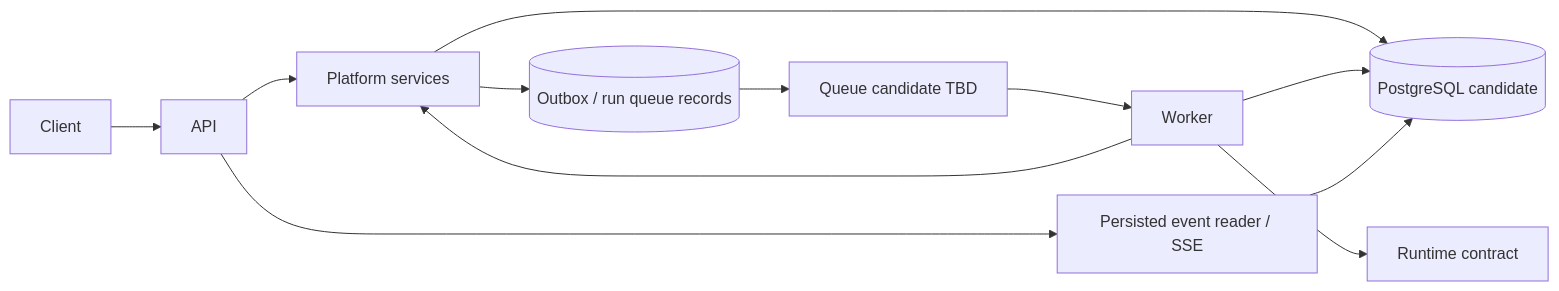
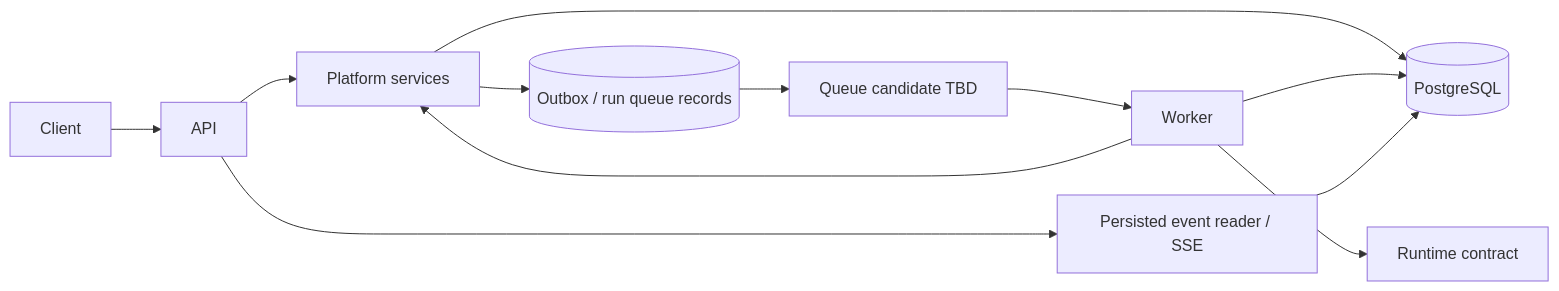
One commit to chenkuangfeng/hyoga-nexus changed the diagram in openspec/changes/p1-platform-foundation/design.md. Above: the diagram before and after it, drawn with Mermaid. The commit also changed other lines of this file and 2 other files, not shown here.

Commit message:
docs: prepare P1 platform implementation proposal

````diff
--- a/openspec/changes/p1-platform-foundation/design.md
+++ b/openspec/changes/p1-platform-foundation/design.md
@@ -7,14 +7,14 @@
 ```mermaid
 flowchart LR
   Client --> API
   API --> Platform[Platform services]
-  Platform --> DB[(PostgreSQL candidate)]
+  Platform --> DB[(PostgreSQL)]
   Platform --> Outbox[(Outbox / run queue records)]
   Outbox --> Broker[Queue candidate TBD]
   Broker --> Worker
   Worker --> Platform
   Worker --> Runtime[Runtime contract]
   Worker --> DB
   API --> Events[Persisted event reader / SSE]
   Events --> DB
 ```
````
